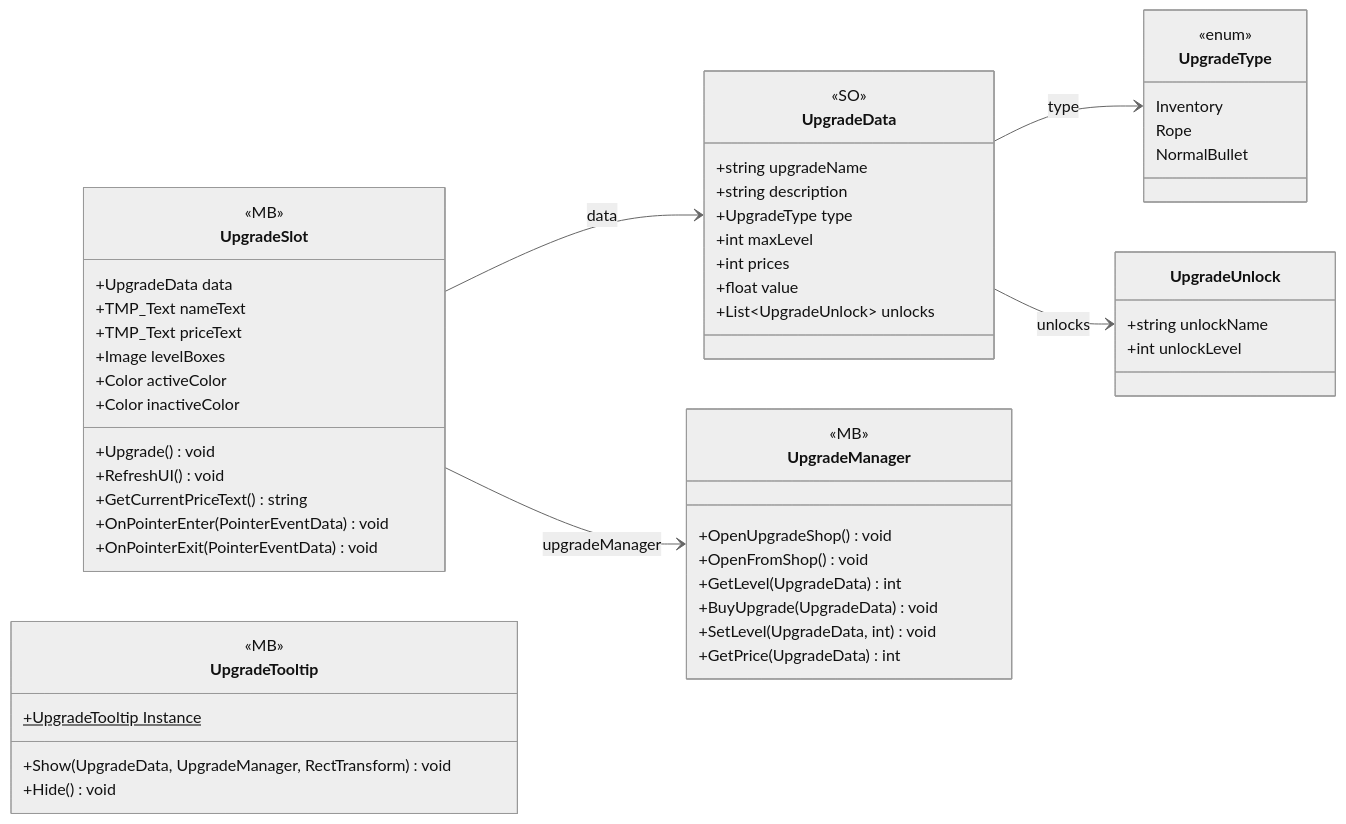
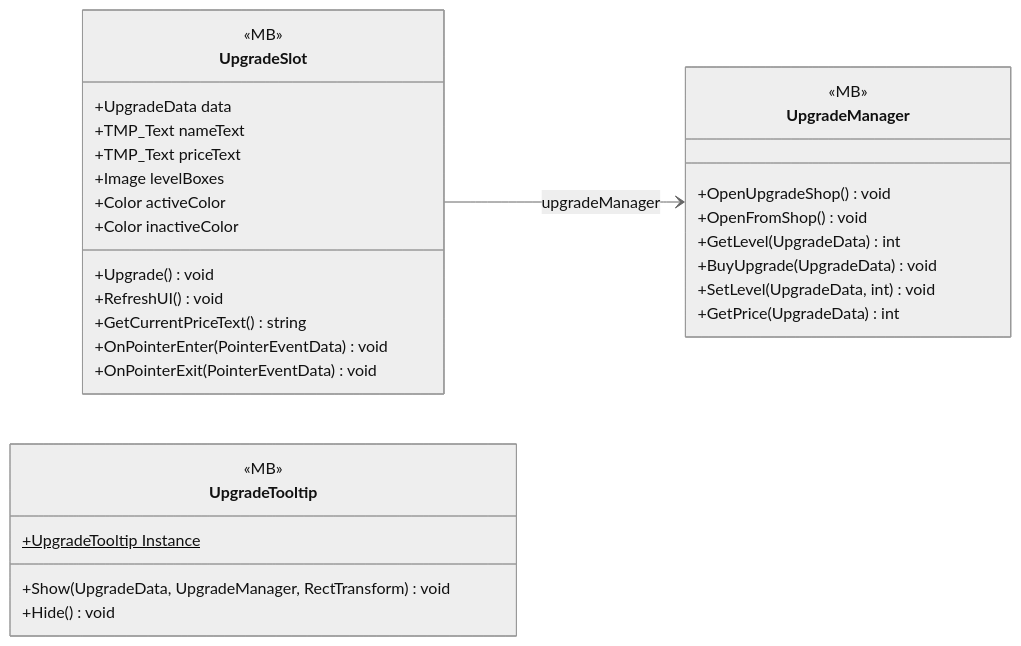
One commit to PhumipatWave/project-ocean changed the diagram in docs/uml/modules/UI_Upgrades.md. Above: the diagram before and after it, drawn with Mermaid (neutral theme). The commit also changed other lines of this file and 191 other files, not shown here.

````diff
--- a/docs/uml/modules/UI_Upgrades.md
+++ b/docs/uml/modules/UI_Upgrades.md
@@ -7,57 +7,34 @@
 ```mermaid
 classDiagram
   direction LR
-  class UpgradeType {
-    <<enum>>
-    Inventory
-    Rope
-    NormalBullet
-  }
-  class UpgradeUnlock {
-    +string unlockName
-    +int unlockLevel
-  }
-  class UpgradeData {
-    <<SO>>
-    +string upgradeName
-    +string description
-    +UpgradeType type
-    +int maxLevel
-    +int prices
-    +float value
-    +List~UpgradeUnlock~ unlocks
-  }
   class UpgradeManager {
     <<MB>>
     +OpenUpgradeShop() void
     +OpenFromShop() void
     +GetLevel(UpgradeData) int
     +BuyUpgrade(UpgradeData) void
     +SetLevel(UpgradeData, int) void
     +GetPrice(UpgradeData) int
   }
   class UpgradeSlot {
     <<MB>>
     +UpgradeData data
     +TMP_Text nameText
     +TMP_Text priceText
     +Image levelBoxes
     +Color activeColor
     +Color inactiveColor
     +Upgrade() void
     +RefreshUI() void
     +GetCurrentPriceText() string
     +OnPointerEnter(PointerEventData) void
     +OnPointerExit(PointerEventData) void
   }
   class UpgradeTooltip {
     <<MB>>
     +UpgradeTooltip Instance$
     +Show(UpgradeData, UpgradeManager, RectTransform) void
     +Hide() void
   }
-  UpgradeData --> UpgradeType : type
-  UpgradeData --> UpgradeUnlock : unlocks
-  UpgradeSlot --> UpgradeData : data
   UpgradeSlot --> UpgradeManager : upgradeManager
 ```
````
